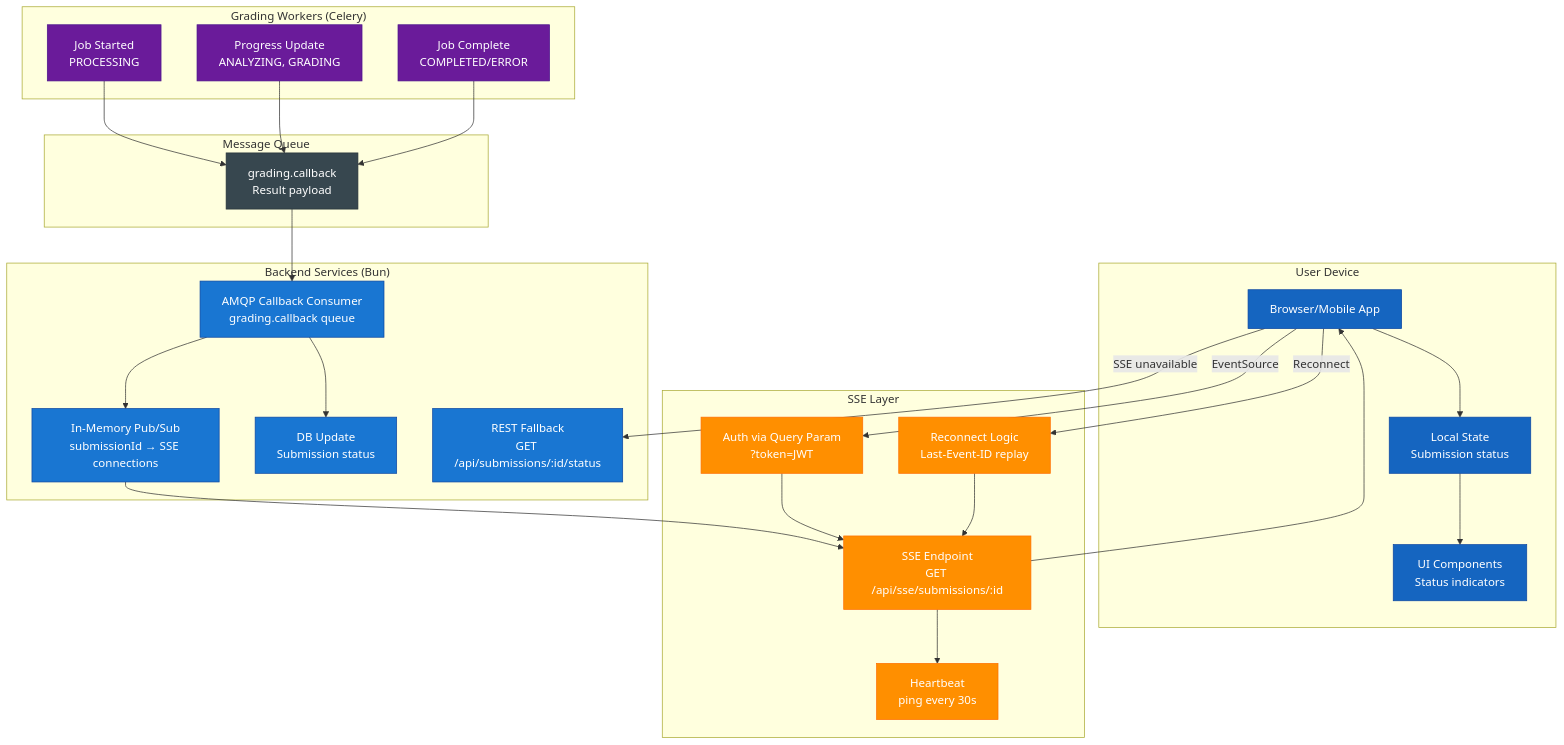
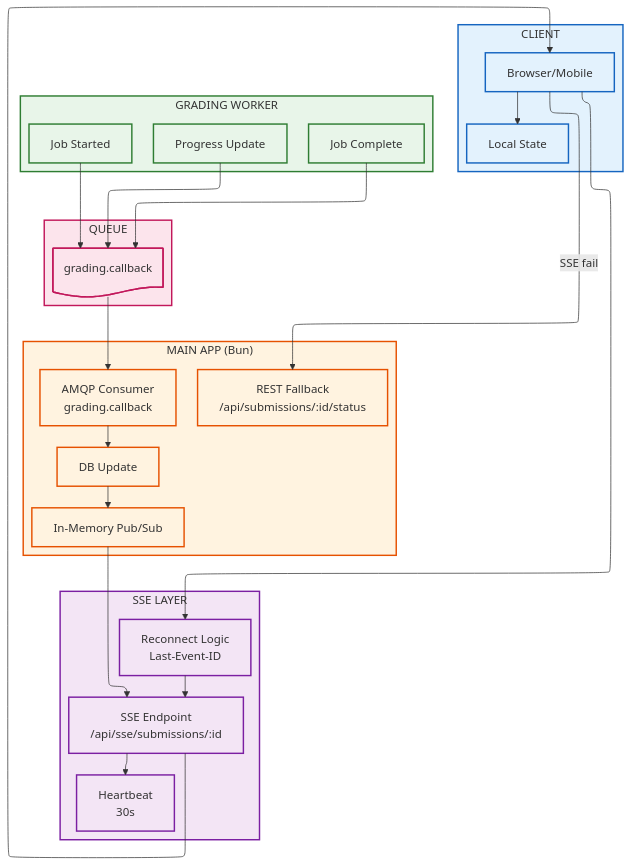
One commit to nghyane/VSTEP changed the seventh of 12 diagrams in docs/capstone/diagrams/flow-diagrams.vi.md. Above: the diagram before and after it, drawn with Mermaid. The commit also changed other lines of this file, not shown here.

First line of the commit message:
refactor(docs): update flow diagrams to Mermaid v11

````diff
--- a/docs/capstone/diagrams/flow-diagrams.vi.md
+++ b/docs/capstone/diagrams/flow-diagrams.vi.md
@@ -403,70 +325,58 @@
 ```mermaid
+---
+config:
+  layout: elk
+---
 flowchart TB
-    subgraph UserDevice ["User Device"]
-        Browser["Browser/Mobile App"]
-        LocalState["Local State<br/>Submission status"]
-        UI["UI Components<br/>Status indicators"]
+    subgraph Client["CLIENT"]
+        Browser["Browser/Mobile"]
+        LocalState["Local State"]
     end
 
-    subgraph SSELayer ["SSE Layer"]
-        SSEEndpoint["SSE Endpoint<br/>GET /api/sse/submissions/:id"]
-        SSEAuth["Auth via Query Param<br/>?token=JWT"]
-        Heartbeat["Heartbeat<br/>ping every 30s"]
-        ReconnectLogic["Reconnect Logic<br/>Last-Event-ID replay"]
+    subgraph SSE["SSE LAYER"]
+        Endpoint["SSE Endpoint<br/>/api/sse/submissions/:id"]
+        Heartbeat["Heartbeat<br/>30s"]
+        Reconnect["Reconnect Logic<br/>Last-Event-ID"]
     end
 
-    subgraph Backend ["Backend Services (Bun)"]
-        CallbackConsumer["AMQP Callback Consumer<br/>grading.callback queue"]
-        InMemoryPubSub["In-Memory Pub/Sub<br/>submissionId → SSE connections"]
-        DBUpdate["DB Update<br/>Submission status"]
-        RESTFallback["REST Fallback<br/>GET /api/submissions/:id/status"]
+    subgraph Bun["MAIN APP (Bun)"]
+        Consumer["AMQP Consumer<br/>grading.callback"]
+        PubSub["In-Memory Pub/Sub"]
+        DBUpdate["DB Update"]
+        Fallback["REST Fallback<br/>/api/submissions/:id/status"]
     end
 
-    subgraph GradingWorkers ["Grading Workers (Celery)"]
-        JobStart["Job Started<br/>PROCESSING"]
-        ProgressUpdate["Progress Update<br/>ANALYZING, GRADING"]
-        JobComplete["Job Complete<br/>COMPLETED/ERROR"]
+    subgraph Worker["GRADING WORKER"]
+        JobStart["Job Started"]
+        Progress["Progress Update"]
+        JobComplete["Job Complete"]
     end
 
-    subgraph MessageQueue ["Message Queue"]
-        CallbackQueue["grading.callback<br/>Result payload"]
+    subgraph Queue["QUEUE"]
+        CbQueue@{ shape: doc, label: "grading.callback" }
     end
 
-    %% Grading → Callback flow
-    JobStart --> CallbackQueue
-    ProgressUpdate --> CallbackQueue
-    JobComplete --> CallbackQueue
+    JobStart --> CbQueue
+    Progress --> CbQueue
+    JobComplete --> CbQueue
+    
+    CbQueue --> Consumer --> DBUpdate --> PubSub --> Endpoint
+    Endpoint --> Browser --> LocalState
+    
+    Browser -->|"SSE fail"| Fallback
+    
+    Endpoint --> Heartbeat
+    Browser --> Reconnect --> Endpoint
 
-    %% AMQP Consumer → SSE bridge
-    CallbackQueue --> CallbackConsumer
-    CallbackConsumer --> DBUpdate
-    CallbackConsumer --> InMemoryPubSub
-    InMemoryPubSub --> SSEEndpoint
+    classDef client fill:#e3f2fd,stroke:#1565c0,stroke-width:2px
+    classDef sse fill:#f3e5f5,stroke:#7b1fa2,stroke-width:2px
+    classDef bun fill:#fff3e0,stroke:#e65100,stroke-width:2px
+    classDef worker fill:#e8f5e9,stroke:#2e7d32,stroke-width:2px
+    classDef queue fill:#fce4ec,stroke:#c2185b,stroke-width:2px
 
-    %% SSE → User
-    SSEEndpoint --> Browser
-    Browser --> LocalState
-    LocalState --> UI
-
-    %% SSE connection management
-    Browser -->|"EventSource"| SSEAuth
-    SSEAuth --> SSEEndpoint
-    SSEEndpoint --> Heartbeat
-    Browser -->|"Reconnect"| ReconnectLogic
-    ReconnectLogic --> SSEEndpoint
-
-    %% Fallback
-    Browser -->|"SSE unavailable"| RESTFallback
-
-    classDef user fill:#1565c0,stroke:#0d47a1,color:#fff
-    classDef sse fill:#ff8f00,stroke:#ff6f00,color:#fff
-    classDef backend fill:#1976d2,stroke:#0d47a1,color:#fff
-    classDef worker fill:#6a1b9a,stroke:#4a148c,color:#fff
-    classDef queue fill:#37474f,stroke:#263238,color:#fff
-
-    class Browser,LocalState,UI user
-    class SSEEndpoint,SSEAuth,Heartbeat,ReconnectLogic sse
-    class CallbackConsumer,InMemoryPubSub,DBUpdate,RESTFallback backend
-    class JobStart,ProgressUpdate,JobComplete worker
-    class CallbackQueue queue
+    class Client,Browser,LocalState client
+    class SSE,Endpoint,Heartbeat,Reconnect sse
+    class Bun,Consumer,PubSub,DBUpdate,Fallback bun
+    class Worker,JobStart,Progress,JobComplete worker
+    class Queue,CbQueue queue
 ```
````
